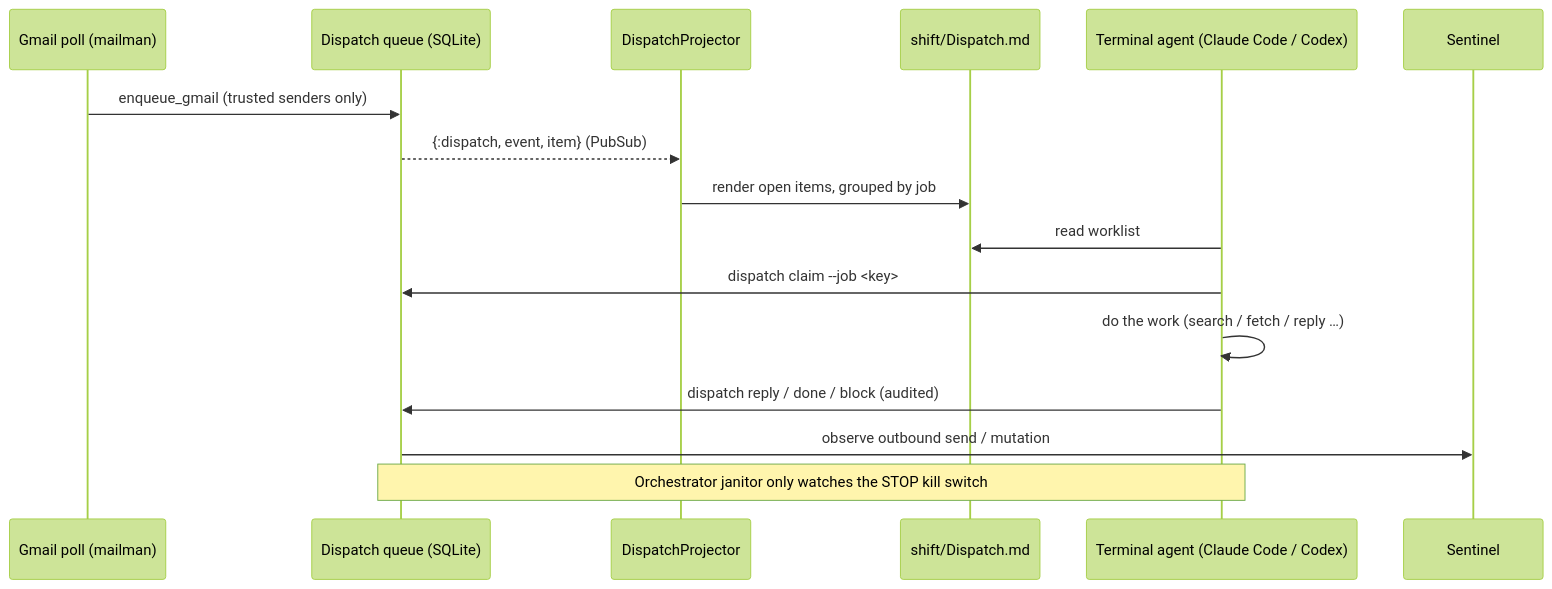
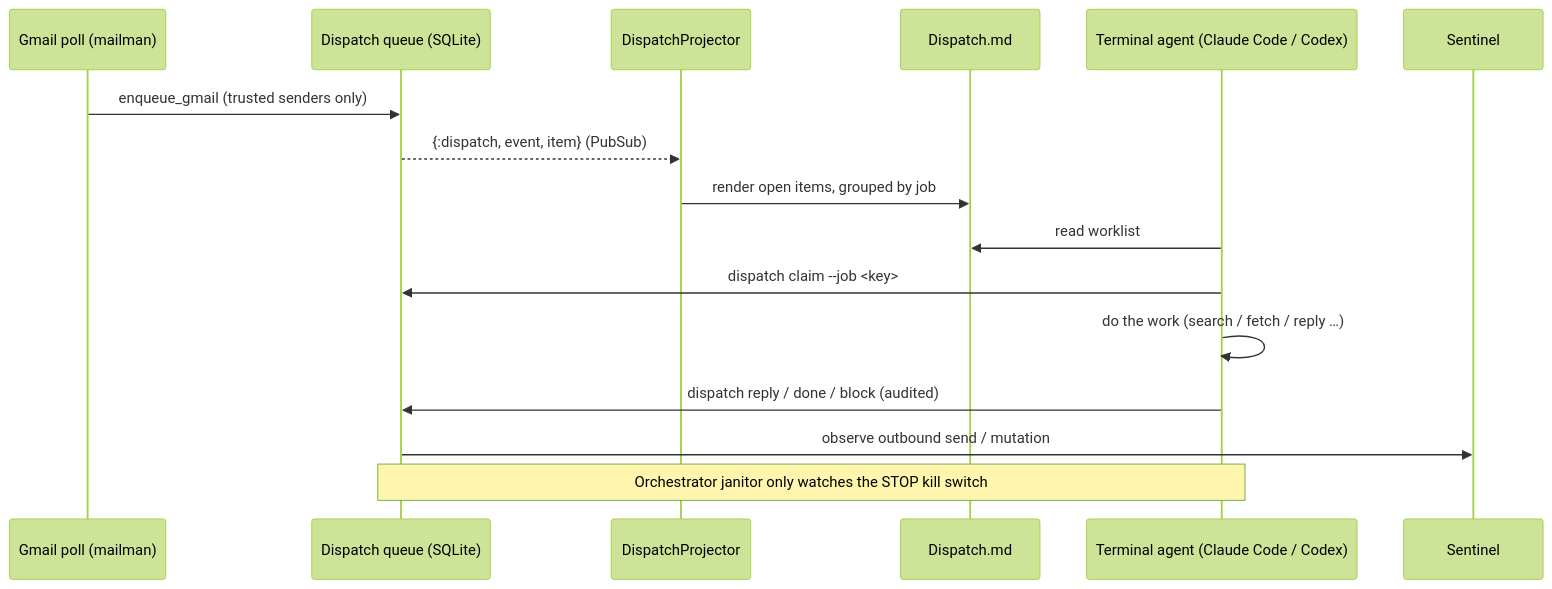
One commit to hightowerbuilds/buster-claw changed the seventh of 8 diagrams in docs/UML.md. Above: the diagram before and after it, drawn with Mermaid (forest theme). The commit also changed other lines of this file and 11 other files, not shown here.

First line of the commit message:
docs: close Finding 1's P2 drift — and the UML was not cosmetic

````diff
--- a/docs/UML.md
+++ b/docs/UML.md
@@ -278,19 +321,19 @@
 ```mermaid
 sequenceDiagram
     participant Poller as Gmail poll (mailman)
     participant Dispatch as Dispatch queue (SQLite)
     participant Projector as DispatchProjector
-    participant Fridge as shift/Dispatch.md
+    participant Fridge as Dispatch.md
     participant Agent as Terminal agent (Claude Code / Codex)
     participant Sentinel
 
     Poller->>Dispatch: enqueue_gmail (trusted senders only)
     Dispatch-->>Projector: {:dispatch, event, item} (PubSub)
     Projector->>Fridge: render open items, grouped by job
     Agent->>Fridge: read worklist
     Agent->>Dispatch: dispatch claim --job <key>
     Agent->>Agent: do the work (search / fetch / reply …)
     Agent->>Dispatch: dispatch reply / done / block (audited)
     Dispatch->>Sentinel: observe outbound send / mutation
     Note over Agent,Dispatch: Orchestrator janitor only watches the STOP kill switch
 ```
````
